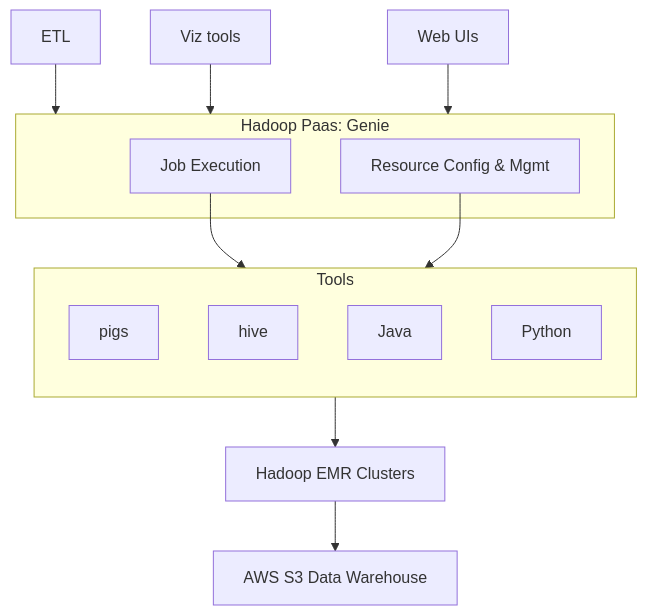
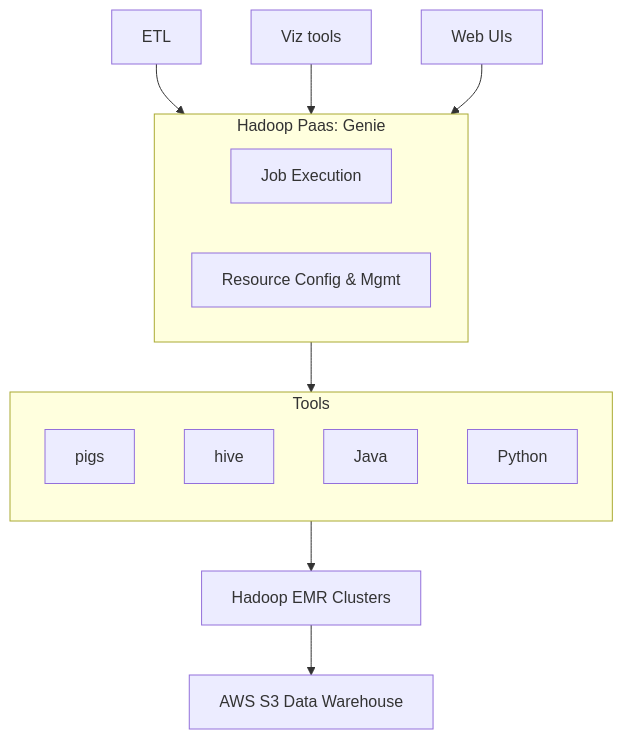
One commit to lwindolf/unicorn-arcology changed the diagram in Netflix/Data Platform/2013 Genie1.md. Above: the diagram before and after it, drawn with Mermaid.

Commit message:
Update 2013 Genie1.md

````diff
--- a/Netflix/Data Platform/2013 Genie1.md
+++ b/Netflix/Data Platform/2013 Genie1.md
@@ -3,23 +3,23 @@
 ```mermaid
 flowchart TB
    subgraph Hadoop[Hadoop Paas: Genie]
+      direction LR
       JobExec[Job Execution]
       ResourceCfg[Resource Config & Mgmt]
    end
 
    subgraph Tools
       direction TB
       pigs
       hive
       Java
       Python
    end
 
    ETL --> Hadoop
    Viz[Viz tools] --> Hadoop
    WebUI[Web UIs] --> Hadoop
-   JobExec --> Tools
-   ResourceCfg --> Tools
+   Hadoop --> Tools
    Tools --> EMR[Hadoop EMR Clusters]
    EMR --> DWR[AWS S3 Data Warehouse]
 ```  
````
